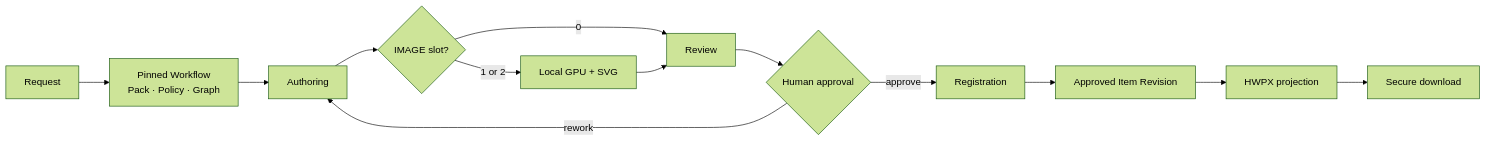
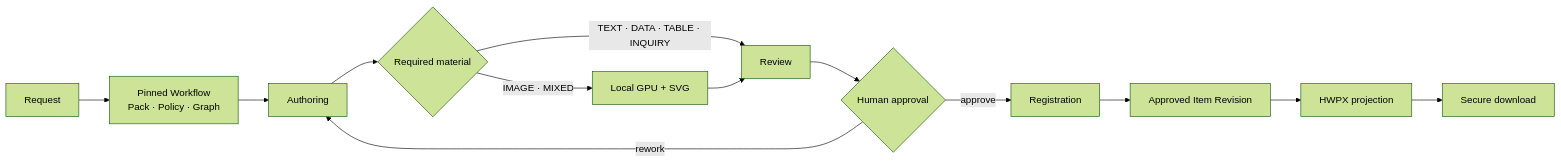
Before and after one commit to teddyok1206/eomai: the first of 2 diagrams in README.md, drawn with Mermaid (forest theme). The commit also changed other lines of this file and 2 other files, not shown here.

Commit message:
docs: describe material-first production gates

````diff
--- a/README.md
+++ b/README.md
@@ -71,15 +73,15 @@
 ```mermaid
 flowchart LR
   R[Request] --> P[Pinned Workflow<br/>Pack · Policy · Graph]
   P --> A[Authoring]
-  A --> I{IMAGE slot?}
-  I -->|0| V[Review]
-  I -->|1 or 2| G[Local GPU + SVG]
+  A --> I{Required material}
+  I -->|TEXT · DATA · TABLE · INQUIRY| V[Review]
+  I -->|IMAGE · MIXED| G[Local GPU + SVG]
   G --> V
   V --> H{Human approval}
   H -->|rework| A
   H -->|approve| C[Registration]
   C --> IR[Approved Item Revision]
   IR --> X[HWPX projection]
   X --> D[Secure download]
 ```
````
